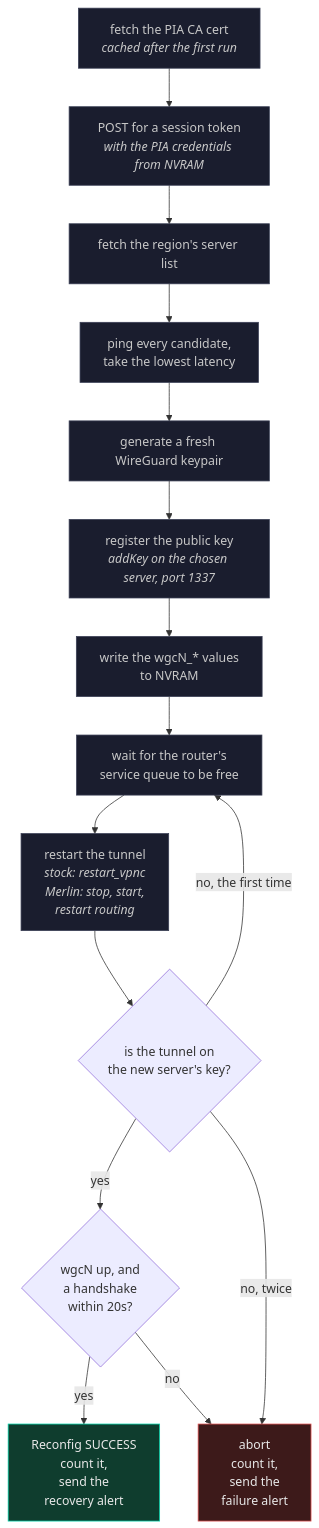
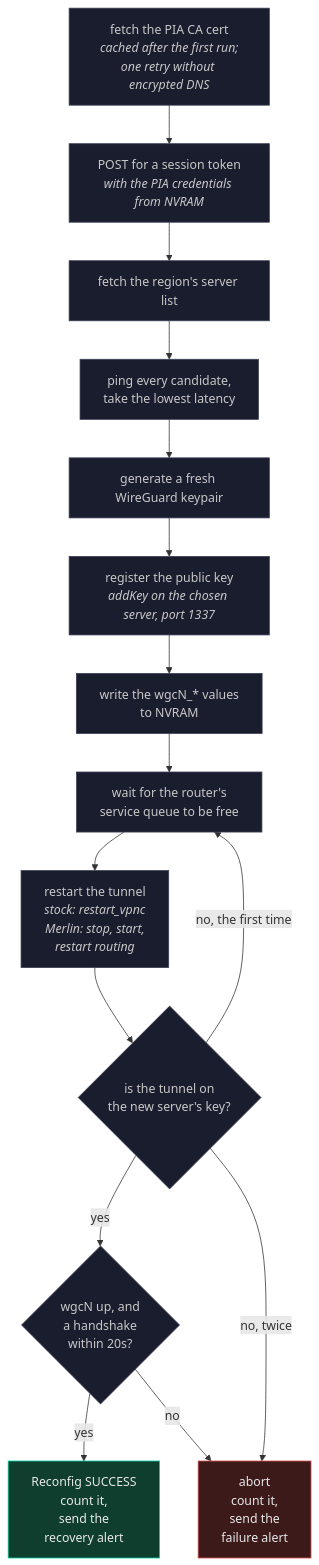
One commit to ExponentiallyDigital/cfg-pia-wg changed the seventh of 8 diagrams in ARCHITECTURE.md. Above: the diagram before and after it, drawn with Mermaid. The commit also changed other lines of this file and 41 other files, not shown here.

````diff
--- a/ARCHITECTURE.md
+++ b/ARCHITECTURE.md
@@ -1260,26 +1296,27 @@
 ```mermaid
 flowchart TD
-    A["fetch the PIA CA cert<br/><i>cached after the first run</i>"] --> B
+    A["fetch the PIA CA cert<br/><i>cached after the first run;</i><br/><i>one retry without encrypted DNS</i>"] --> B
     B["POST for a session token<br/><i>with the PIA credentials from NVRAM</i>"] --> C
     C["fetch the region's server list"] --> D
     D["ping every candidate,<br/>take the lowest latency"] --> E
     E["generate a fresh WireGuard keypair"] --> F
     F["register the public key<br/><i>addKey on the chosen server, port 1337</i>"] --> G
     G["write the wgcN_* values<br/>to NVRAM"] --> W
     W["wait for the router's<br/>service queue to be free"] --> H
     H["restart the tunnel<br/><i>stock: restart_vpnc</i><br/><i>Merlin: stop, start,</i><br/><i>restart routing</i>"] --> T
     T{"is the tunnel on<br/>the new server's key?"}
     T -->|"no, the first time"| W
     T -->|yes| K
     K{"wgcN up, and<br/>a handshake<br/>within 20s?"}
     K -->|yes| OK["Reconfig SUCCESS<br/>count it,<br/>send the<br/>recovery alert"]
     K -->|no| FAIL["abort<br/>count it,<br/>send the<br/>failure alert"]
     T -->|"no, twice"| FAIL
 
     classDef go fill:#0F3D2E,stroke:#00D4AA,color:#E8E8E8
     classDef bad fill:#3D1A1A,stroke:#E05252,color:#E8E8E8
+    classDef work fill:#3D2E0F,stroke:#E0A800,color:#E8E8E8
     classDef step fill:#1A1D2E,stroke:#3A3F55,color:#C8C8C8
     class OK go
     class FAIL bad
-    class A,B,C,D,E,F,G,W,H step
+    class A,B,C,D,E,F,G,W,H,T,K step
 ```
````
